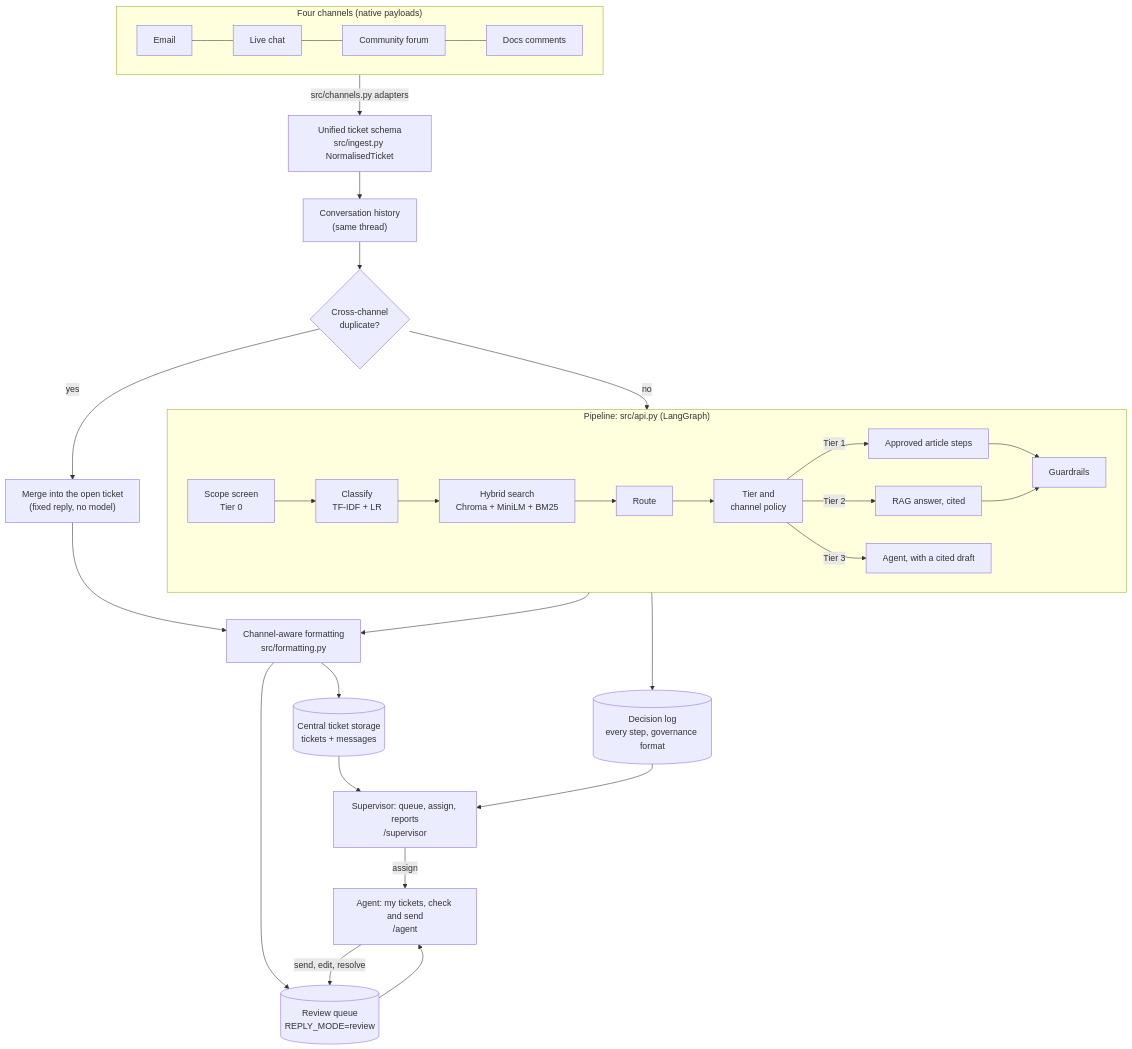
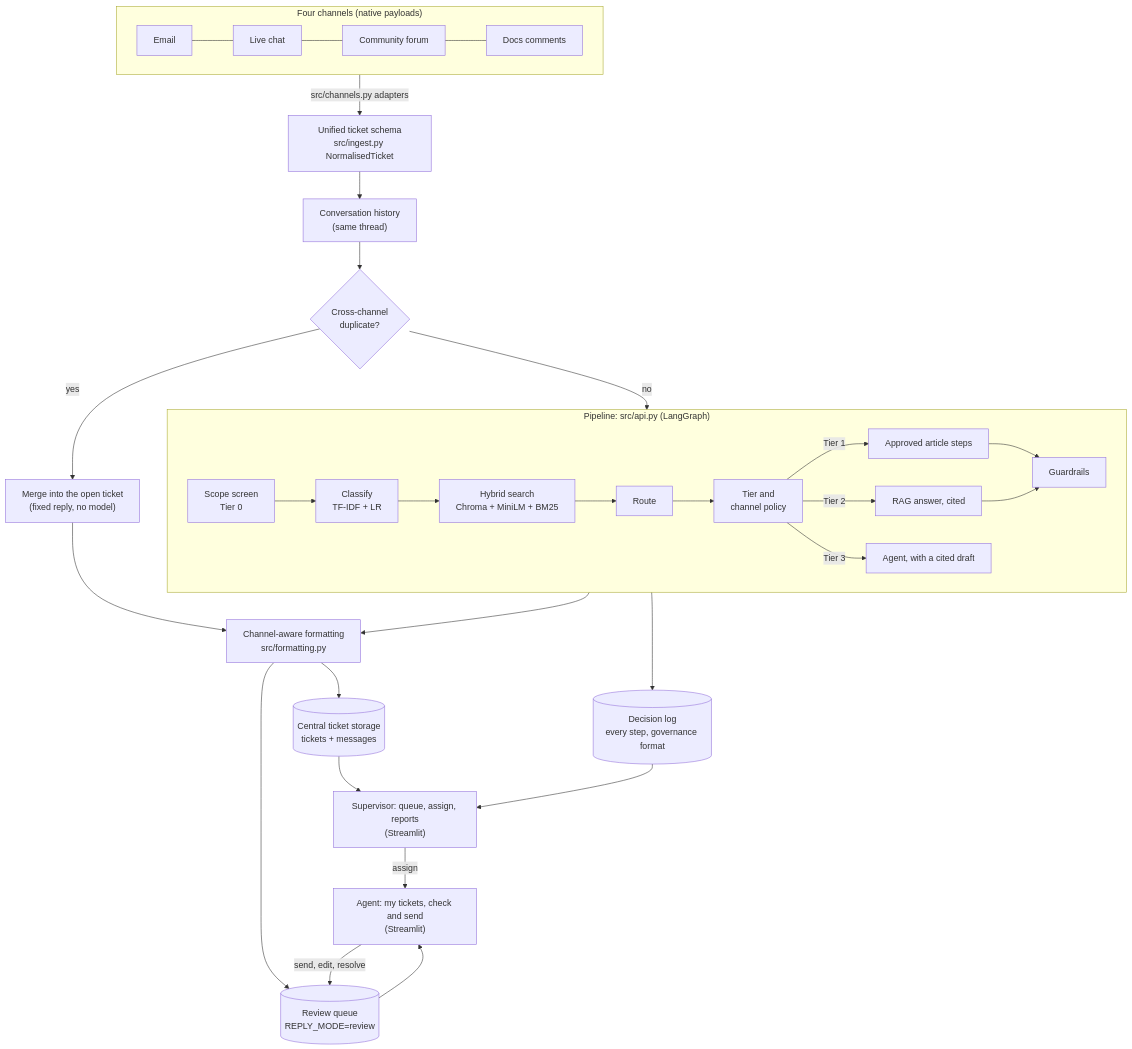
The diagram in docs/architecture.md (Incia94/InciaAnand_Capstone_Submission), drawn with Mermaid before and after one commit. The commit also changed other lines of this file and 4150 other files, not shown here.

````diff
--- a/docs/architecture.md
+++ b/docs/architecture.md
@@ -8,29 +8,29 @@
 ```mermaid
 flowchart TD
     subgraph Channels["Four channels (native payloads)"]
         E[Email] --- C[Live chat] --- F[Community forum] --- D[Docs comments]
     end
     Channels -->|"src/channels.py adapters"| U["Unified ticket schema<br/>src/ingest.py NormalisedTicket"]
     U --> H["Conversation history<br/>(same thread)"]
     H --> X{"Cross-channel<br/>duplicate?"}
     X -->|yes| M["Merge into the open ticket<br/>(fixed reply, no model)"]
     X -->|no| P
     subgraph P["Pipeline: src/api.py (LangGraph)"]
         S[Scope screen<br/>Tier 0] --> CL[Classify<br/>TF-IDF + LR] --> R[Hybrid search<br/>Chroma + MiniLM + BM25] --> RT[Route] --> T[Tier and<br/>channel policy]
         T -->|Tier 1| A1[Approved article steps]
         T -->|Tier 2| A2[RAG answer, cited]
         T -->|Tier 3| A3[Agent, with a cited draft]
         A1 --> G[Guardrails]
         A2 --> G
     end
     P --> FMT["Channel-aware formatting<br/>src/formatting.py"]
     M --> FMT
     FMT --> TS[("Central ticket storage<br/>tickets + messages")]
     FMT --> RV[("Review queue<br/>REPLY_MODE=review")]
     P --> LOG[("Decision log<br/>every step, governance format")]
-    TS --> SUP["Supervisor: queue, assign, reports<br/>/supervisor"]
+    TS --> SUP["Supervisor: queue, assign, reports<br/>(Streamlit)"]
     LOG --> SUP
-    SUP -->|"assign"| AG["Agent: my tickets, check and send<br/>/agent"]
+    SUP -->|"assign"| AG["Agent: my tickets, check and send<br/>(Streamlit)"]
     RV --> AG
     AG -->|"send, edit, resolve"| RV
 ```
````
